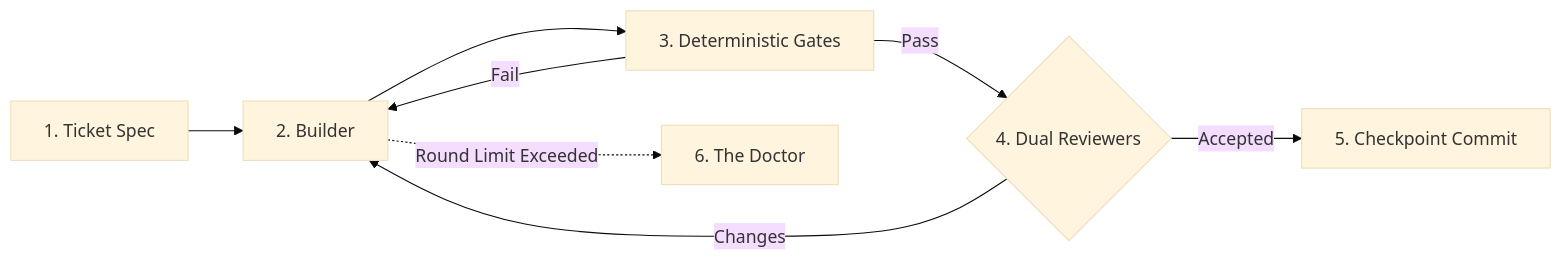
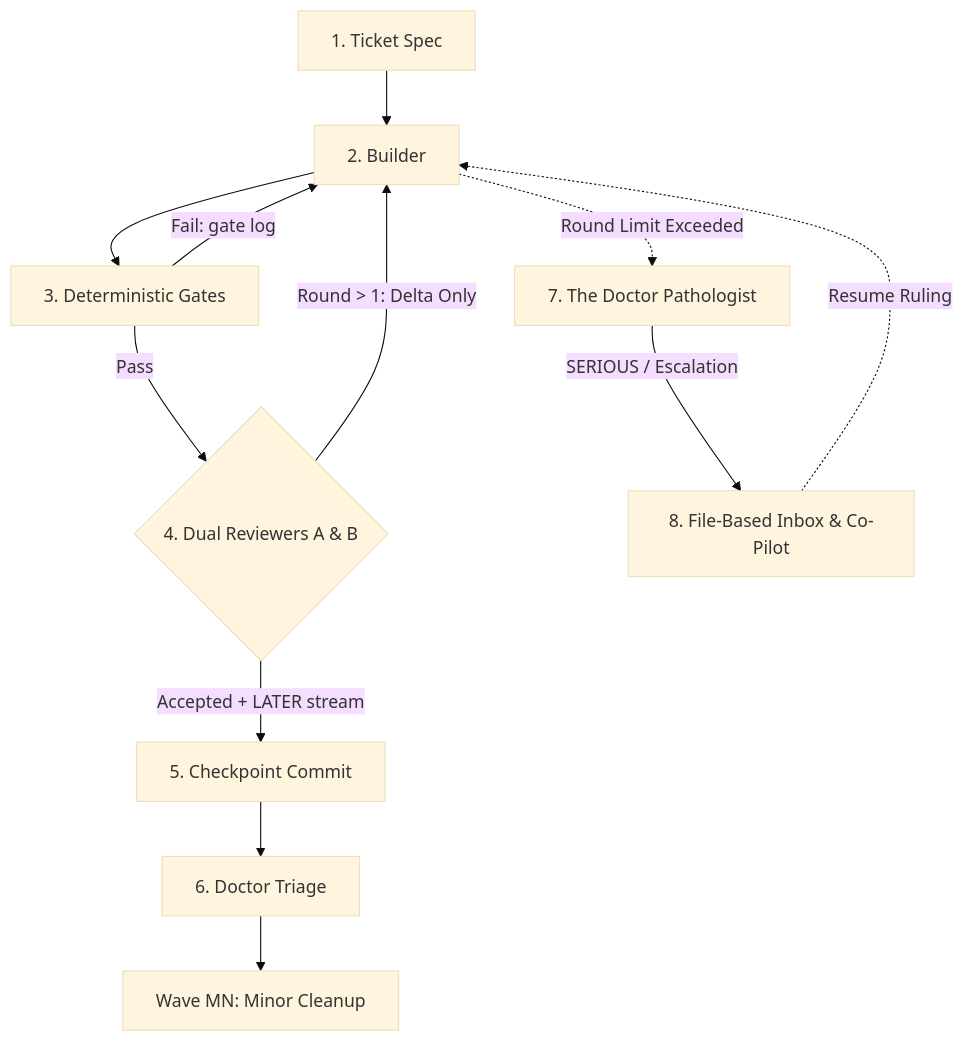
One commit to ankur-paan/agentic-software-factory changed the diagram in README.md. Above: the diagram before and after it, drawn with Mermaid (base theme). The commit also changed other lines of this file, not shown here.

Commit message:
docs: align flowchart and dry-run console log with 3-tier delta loop

````diff
--- a/README.md
+++ b/README.md
@@ -23,10 +23,13 @@
 ```mermaid
-flowchart LR
+flowchart TD
     Ticket[1. Ticket Spec] --> Builder[2. Builder]
     Builder --> Gates[3. Deterministic Gates]
-    Gates -->|Pass| RevPair{4. Dual Reviewers}
-    Gates -->|Fail| Builder
-    RevPair -->|Accepted| Git[5. Checkpoint Commit]
-    RevPair -->|Changes| Builder
-    Builder -.->|Round Limit Exceeded| Doctor[6. The Doctor]
+    Gates -->|Fail: gate log| Builder
+    Gates -->|Pass| RevPair{4. Dual Reviewers A & B}
+    RevPair -->|Round > 1: Delta Only| Builder
+    RevPair -->|Accepted + LATER stream| Git[5. Checkpoint Commit]
+    Git --> Triage[6. Doctor Triage] --> WaveMN[Wave MN: Minor Cleanup]
+    Builder -.->|Round Limit Exceeded| Doctor[7. The Doctor Pathologist]
+    Doctor -->|SERIOUS / Escalation| Inbox[8. File-Based Inbox & Co-Pilot]
+    Inbox -.->|Resume Ruling| Builder
 ```
````
